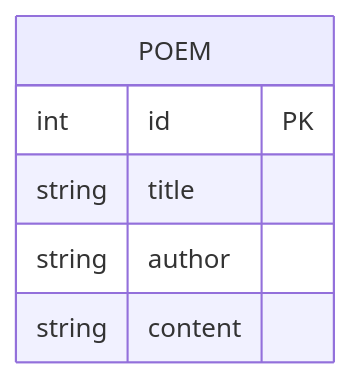
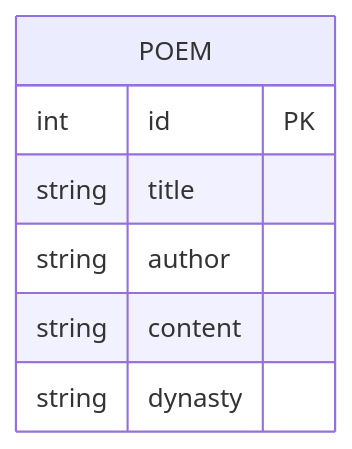
The fourth of 5 diagrams in .qoder/repowiki/zh/content/环境配置与部署/后端环境配置/环境变量配置.md (iazrael/feihua-ling), drawn with Mermaid before and after one commit. The commit also changed other lines of this file and 12 other files, not shown here.

````diff
--- a/.qoder/repowiki/zh/content/环境配置与部署/后端环境配置/环境变量配置.md
+++ b/.qoder/repowiki/zh/content/环境配置与部署/后端环境配置/环境变量配置.md
@@ -147,9 +149,10 @@
 ```mermaid
 erDiagram
 POEM {
 int id PK
 string title
 string author
 string content
+string dynasty
 }
 ```
````
